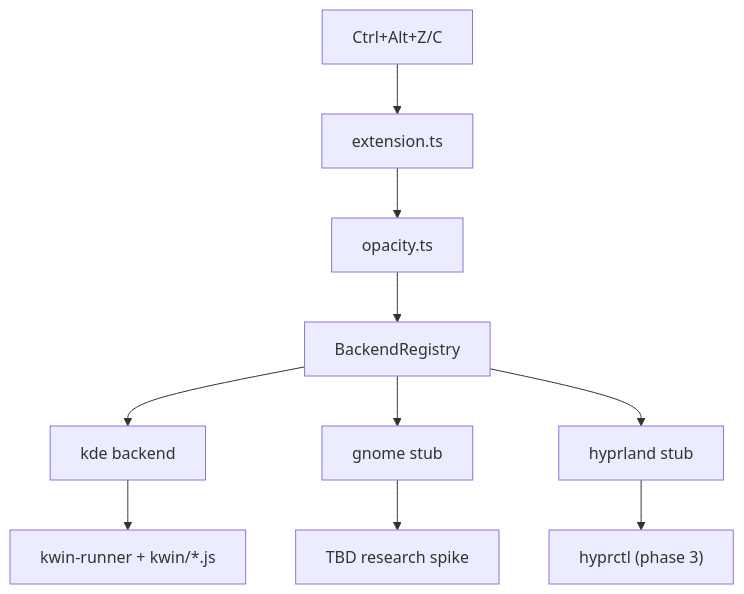
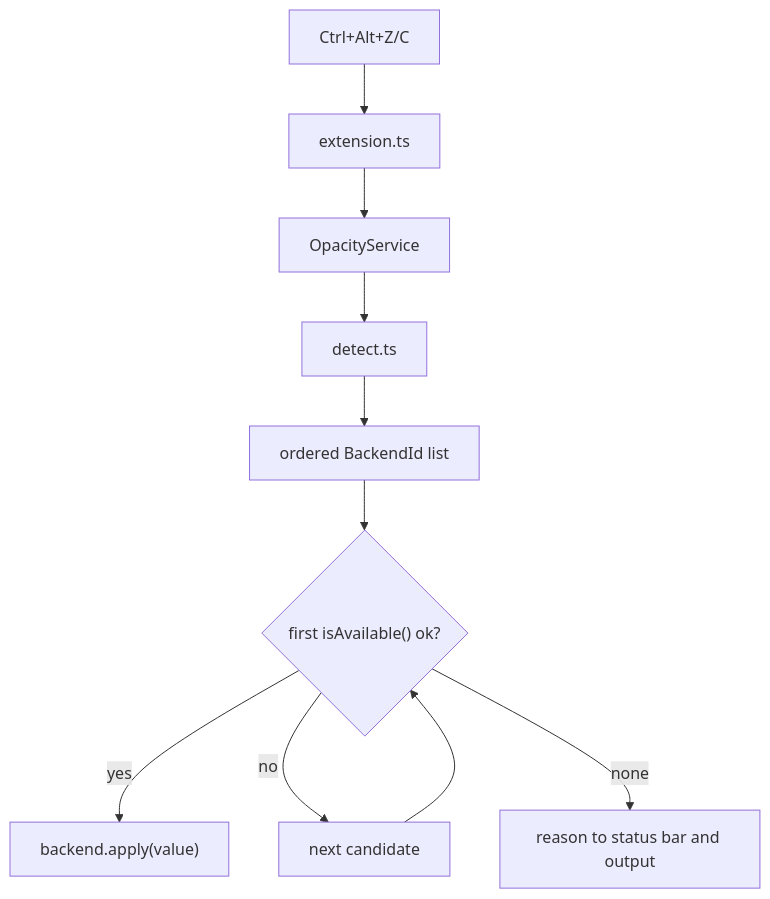
One commit to krakjn/diffuse changed the diagram in docs/ARCHITECTURE.md. Above: the diagram before and after it, drawn with Mermaid. The commit also changed other lines of this file and 38 other files, not shown here.

````diff
--- a/docs/ARCHITECTURE.md
+++ b/docs/ARCHITECTURE.md
@@ -7,12 +8,12 @@
 ```mermaid
 flowchart TD
   Keys[Ctrl+Alt+Z/C] --> Ext[extension.ts]
-  Ext --> Opacity[opacity.ts]
-  Opacity --> Registry[BackendRegistry]
-  Registry --> KDE[kde backend]
-  Registry --> GNOME[gnome stub]
-  Registry --> Hypr[hyprland stub]
-  KDE --> KWin[kwin-runner + kwin/*.js]
-  Hypr --> Hyprctl["hyprctl (phase 3)"]
-  GNOME --> Research["TBD research spike"]
+  Ext --> Service[OpacityService]
+  Service --> Detect[detect.ts]
+  Detect --> Candidates["ordered BackendId list"]
+  Candidates --> Probe{"first isAvailable() ok?"}
+  Probe -->|yes| Apply["backend.apply(value)"]
+  Probe -->|no| Next[next candidate]
+  Next --> Probe
+  Probe -->|none| Explain[reason to status bar and output]
 ```
````
